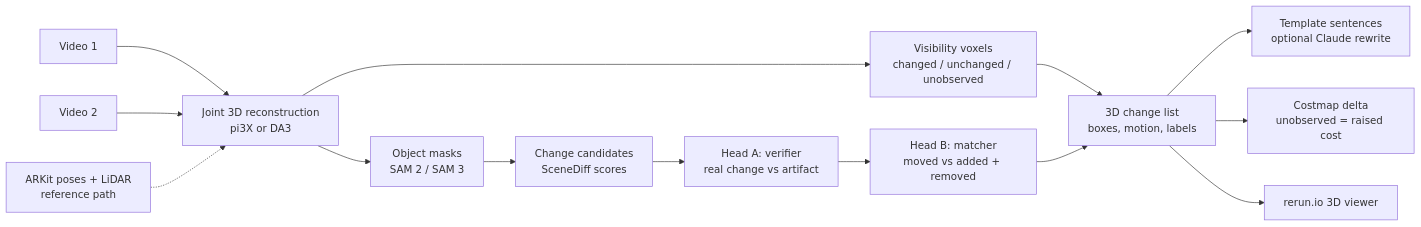
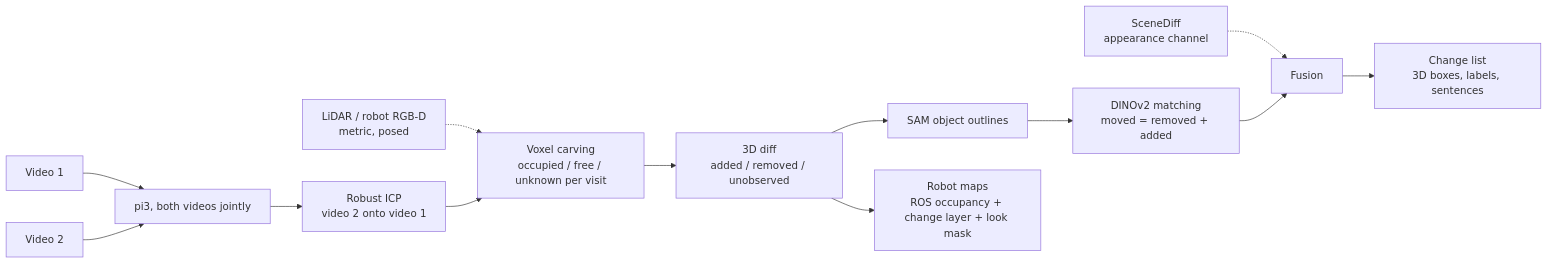
The diagram in docs/index.md (termvato/Humanoid-Spatial-Challenge), drawn with Mermaid before and after one commit. The commit also changed other lines of this file and 7 other files, not shown here.

Commit message:
Robot maps: floor and scale finder, ROS occupancy grids with change layer and look mask

````diff
--- a/docs/index.md
+++ b/docs/index.md
@@ -25,16 +21,13 @@
 ```mermaid
 flowchart LR
-    V1[Video 1] --> R[Joint 3D reconstruction<br/>pi3X or DA3]
+    V1[Video 1] --> R[pi3, both videos jointly]
     V2[Video 2] --> R
-    AR[ARKit poses + LiDAR<br/>reference path] -.-> R
-    R --> SEG[Object masks<br/>SAM 2 / SAM 3]
-    R --> VIS[Visibility voxels<br/>changed / unchanged / unobserved]
-    SEG --> CAND[Change candidates<br/>SceneDiff scores]
-    CAND --> A[Head A: verifier<br/>real change vs artifact]
-    A --> B[Head B: matcher<br/>moved vs added + removed]
-    VIS --> OUT
-    B --> OUT[3D change list<br/>boxes, motion, labels]
-    OUT --> LANG[Template sentences<br/>optional Claude rewrite]
-    OUT --> NAV[Costmap delta<br/>unobserved = raised cost]
-    OUT --> VIZ[rerun.io 3D viewer]
+    LID[LiDAR / robot RGB-D<br/>metric, posed] -.-> C
+    R --> ICP[Robust ICP<br/>video 2 onto video 1] --> C[Voxel carving<br/>occupied / free / unknown per visit]
+    C --> D[3D diff<br/>added / removed / unobserved]
+    D --> SAM[SAM object outlines] --> M[DINOv2 matching<br/>moved = removed + added]
+    SD[SceneDiff<br/>appearance channel] -.-> F[Fusion]
+    M --> F
+    D --> G[Robot maps<br/>ROS occupancy + change layer + look mask]
+    F --> OUT[Change list<br/>3D boxes, labels, sentences]
 ```
````
